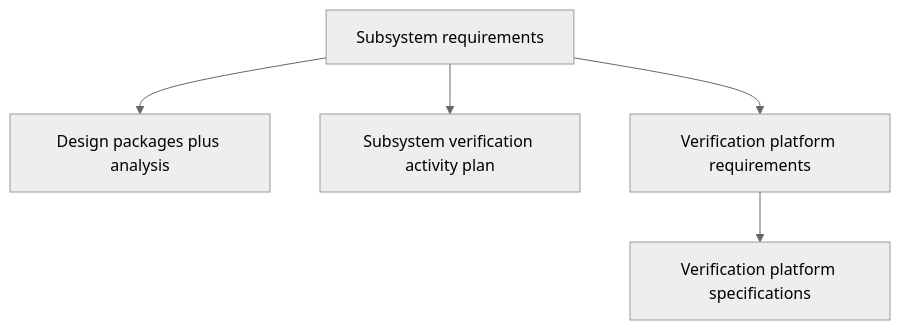
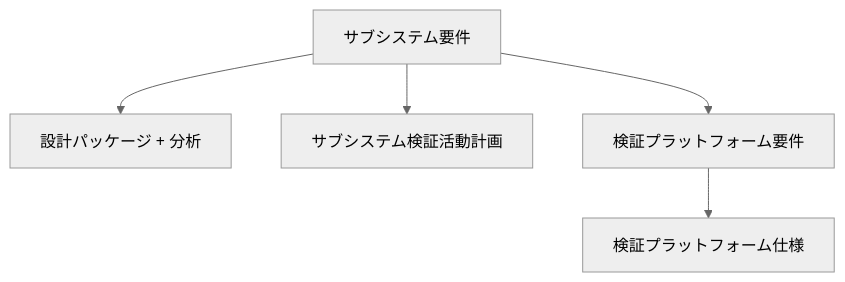
Before and after one commit to hirototamura/one-piece: the sixth of 6 diagrams in docs/INFORMATION_ARCHITECTURE.md, drawn with Mermaid (neutral theme). The commit also changed other lines of this file and 16 other files, not shown here.

````diff
--- a/docs/INFORMATION_ARCHITECTURE.md
+++ b/docs/INFORMATION_ARCHITECTURE.md
@@ -253,13 +253,13 @@
 ```mermaid
 flowchart TD
-  SubR[Subsystem requirements]
-  DP[Design packages plus analysis]
-  VAP[Subsystem verification activity plan]
-  VPR[Verification platform requirements]
-  VPS[Verification platform specifications]
+  SubR[サブシステム要件]
+  DP[設計パッケージ + 分析]
+  VAP[サブシステム検証活動計画]
+  VPR[検証プラットフォーム要件]
+  VPS[検証プラットフォーム仕様]
 
   SubR --> DP
   SubR --> VAP
   SubR --> VPR
   VPR --> VPS
 ```
````
